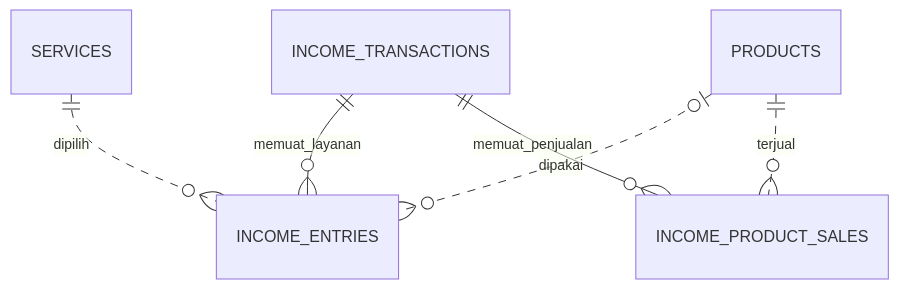
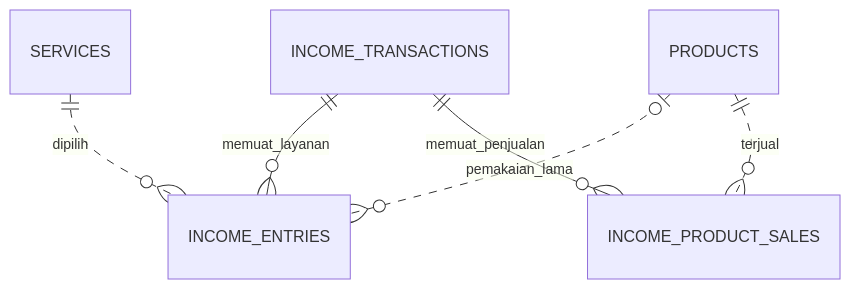
Before and after one commit to MfuatH/SISTEM-MANAJEMEN-OPERASIONAL-BARBERSHOP: the second of 2 diagrams in docs/pengerjaan-sistem/Desain-Database-MySQL-Barbershop.md, drawn with Mermaid. The commit also changed other lines of this file and 15 other files, not shown here.

````diff
--- a/docs/pengerjaan-sistem/Desain-Database-MySQL-Barbershop.md
+++ b/docs/pengerjaan-sistem/Desain-Database-MySQL-Barbershop.md
@@ -303,8 +303,8 @@
 ```mermaid
 erDiagram
     INCOME_TRANSACTIONS ||--o{ INCOME_ENTRIES : memuat_layanan
     INCOME_TRANSACTIONS ||--o{ INCOME_PRODUCT_SALES : memuat_penjualan
     SERVICES ||..o{ INCOME_ENTRIES : dipilih
-    PRODUCTS |o..o{ INCOME_ENTRIES : dipakai
+    PRODUCTS |o..o{ INCOME_ENTRIES : pemakaian_lama
     PRODUCTS ||..o{ INCOME_PRODUCT_SALES : terjual
 ```
````
